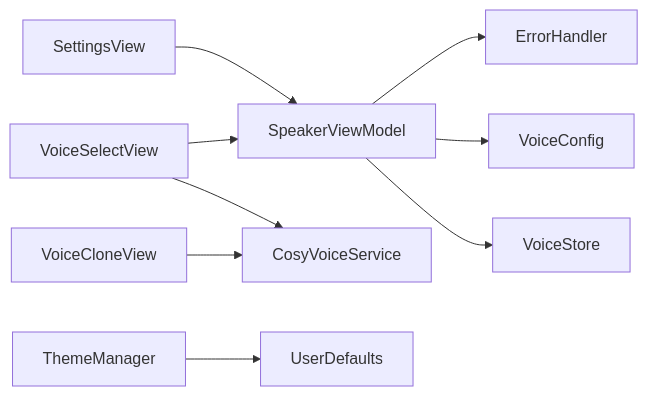
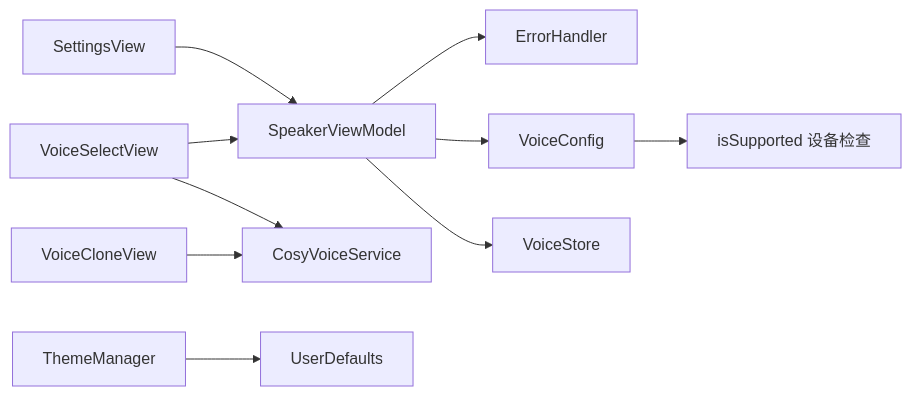
The eighth of 8 diagrams in .qoder/repowiki/zh/content/用户界面设计/设置界面/设置界面.md (Primoguo/Knowledge), drawn with Mermaid before and after one commit. The commit also changed other lines of this file and 32 other files, not shown here.

````diff
--- a/.qoder/repowiki/zh/content/用户界面设计/设置界面/设置界面.md
+++ b/.qoder/repowiki/zh/content/用户界面设计/设置界面/设置界面.md
@@ -345,11 +335,12 @@
 ```mermaid
 graph LR
 SV["SettingsView"] --> SVM["SpeakerViewModel"]
 VSV["VoiceSelectView"] --> SVM
 VSV --> CVS["CosyVoiceService"]
 VCV["VoiceCloneView"] --> CVS
 SVM --> EH["ErrorHandler"]
 SVM --> VC["VoiceConfig"]
 SVM --> VS["VoiceStore"]
 TM["ThemeManager"] --> UD["UserDefaults"]
+VC --> IS["isSupported 设备检查"]
 ```
````
